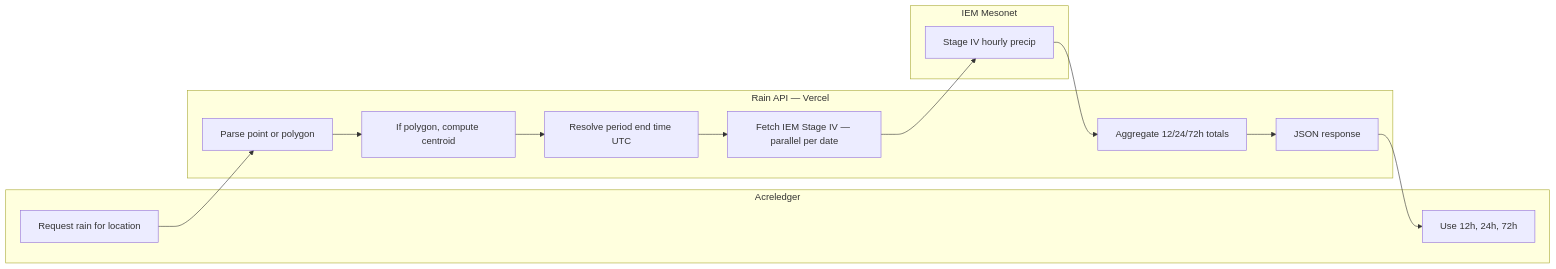
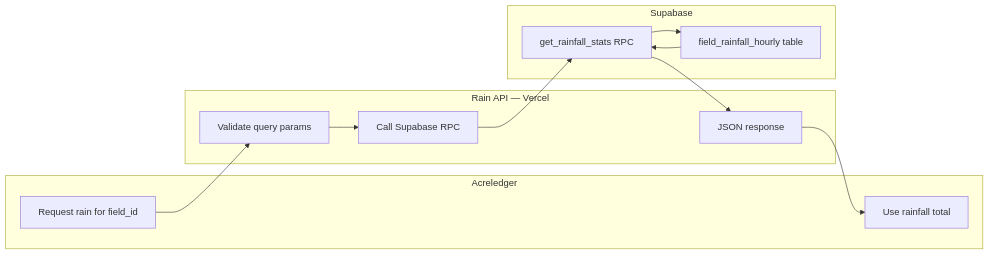
The diagram in blueprint.md (wsegbert65360/RainAPI), drawn with Mermaid before and after one commit. The commit also changed other lines of this file and 4 other files, not shown here.

Commit message:
refactor: switch rain api to supabase-backed architecture and add data recovery scripts

````diff
--- a/blueprint.md
+++ b/blueprint.md
@@ -401,26 +381,23 @@
 ```mermaid
 flowchart LR
   subgraph acreledger [Acreledger]
-    A[Request rain for location]
-    B[Use 12h, 24h, 72h]
+    A[Request rain for field_id]
+    B[Use rainfall total]
   end
   subgraph rainApi [Rain API — Vercel]
-    C[Parse point or polygon]
-    D[If polygon, compute centroid]
-    E[Resolve period end time UTC]
-    F[Fetch IEM Stage IV — parallel per date]
-    G[Aggregate 12/24/72h totals]
-    H[JSON response]
+    C[Validate query params]
+    D[Call Supabase RPC]
+    E[JSON response]
   end
-  subgraph iem [IEM Mesonet]
-    I[Stage IV hourly precip]
+  subgraph supabase [Supabase]
+    F[get_rainfall_stats RPC]
+    G[field_rainfall_hourly table]
   end
   A --> C
   C --> D
-  D --> E
-  E --> F
-  F --> I
-  I --> G
-  G --> H
-  H --> B
+  D --> F
+  F --> G
+  G --> F
+  F --> E
+  E --> B
 ```
````
